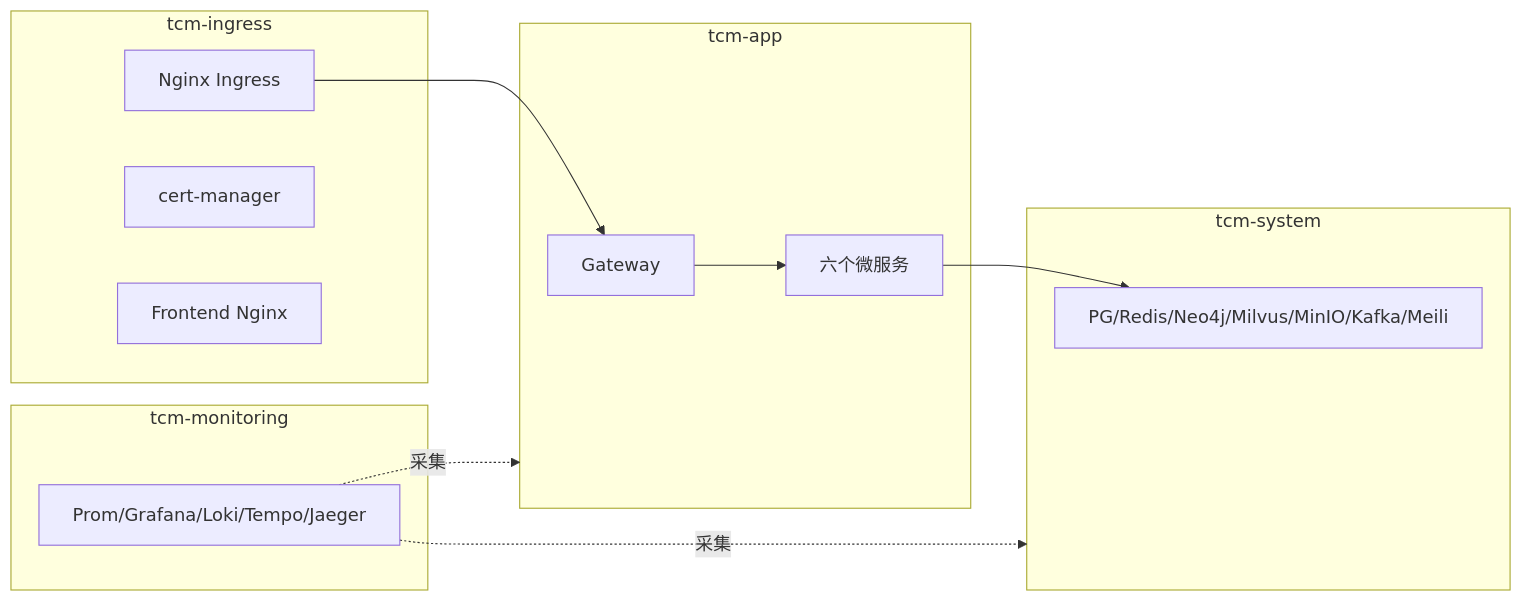
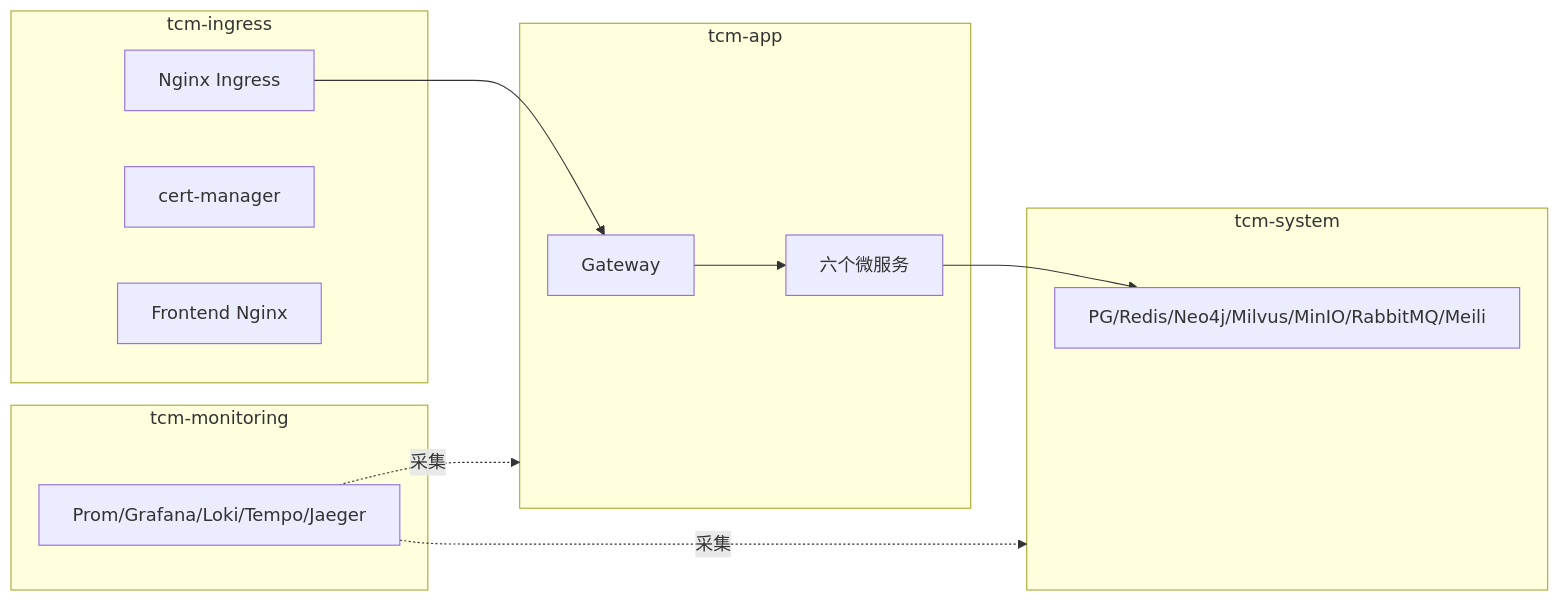
Before and after one commit to zhangzhenling/TCM-History-AI: the second of 5 diagrams in 16-Kubernetes部署.md, drawn with Mermaid. The commit also changed other lines of this file and 8 other files, not shown here.

````diff
--- a/16-Kubernetes部署.md
+++ b/16-Kubernetes部署.md
@@ -54,23 +54,23 @@
 ```mermaid
 graph LR
     subgraph tcm-ingress
         NGINX[Nginx Ingress]
         CM[cert-manager]
         FE[Frontend Nginx]
     end
     subgraph tcm-app
         GW[Gateway]
         SVC[六个微服务]
     end
     subgraph tcm-system
-        DB[PG/Redis/Neo4j/Milvus/MinIO/Kafka/Meili]
+        DB[PG/Redis/Neo4j/Milvus/MinIO/RabbitMQ/Meili]
     end
     subgraph tcm-monitoring
         OBS[Prom/Grafana/Loki/Tempo/Jaeger]
     end
     NGINX --> GW
     GW --> SVC
     SVC --> DB
     OBS -.采集.-> tcm-app
     OBS -.采集.-> tcm-system
 ```
````
